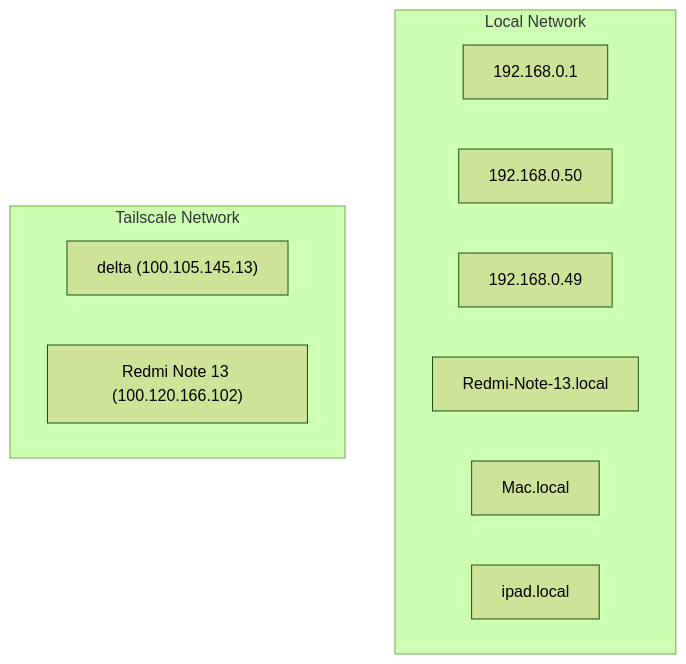
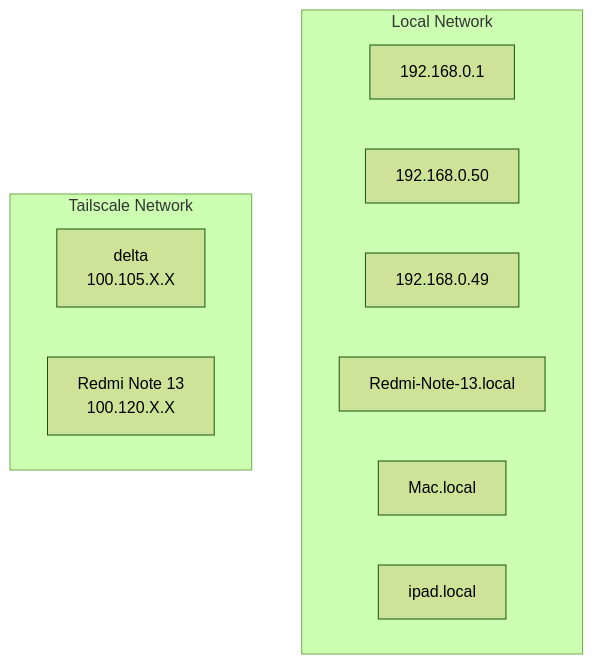
Before and after one commit to HFPRUZ/ai-network-docs-automation: the diagram in docs/network-topology.md, drawn with Mermaid (forest theme). The commit also changed other lines of this file and 3 other files, not shown here.

````diff
--- a/docs/network-topology.md
+++ b/docs/network-topology.md
@@ -9,16 +10,16 @@
 ```mermaid
 graph TD
     subgraph "Local Network"
         L1["192.168.0.1"]
         L2["192.168.0.50"]
         L3["192.168.0.49"]
         L4["Redmi-Note-13.local"]
         L5["Mac.local"]
         L6["ipad.local"]
     end
 
     subgraph "Tailscale Network"
-        T1["delta (100.105.145.13)"]
-        T2["Redmi Note 13 (100.120.166.102)"]
+        T1["delta<br/>100.105.X.X"]
+        T2["Redmi Note 13<br/>100.120.X.X"]
     end
 ```
````
